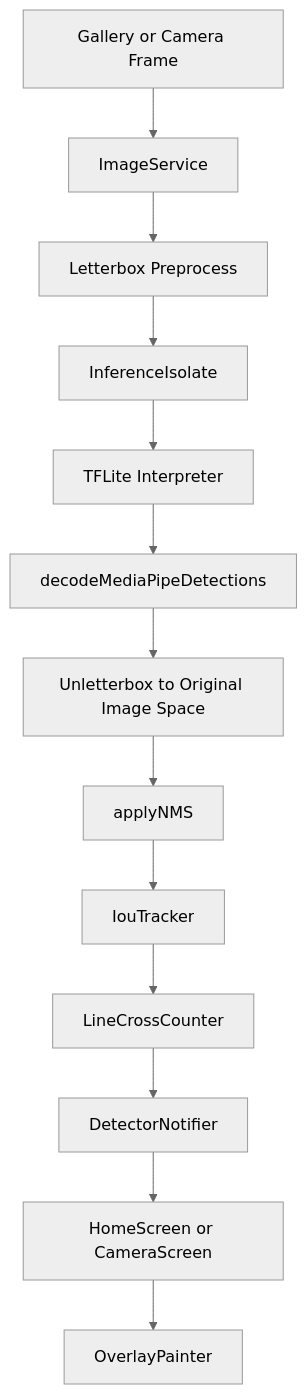
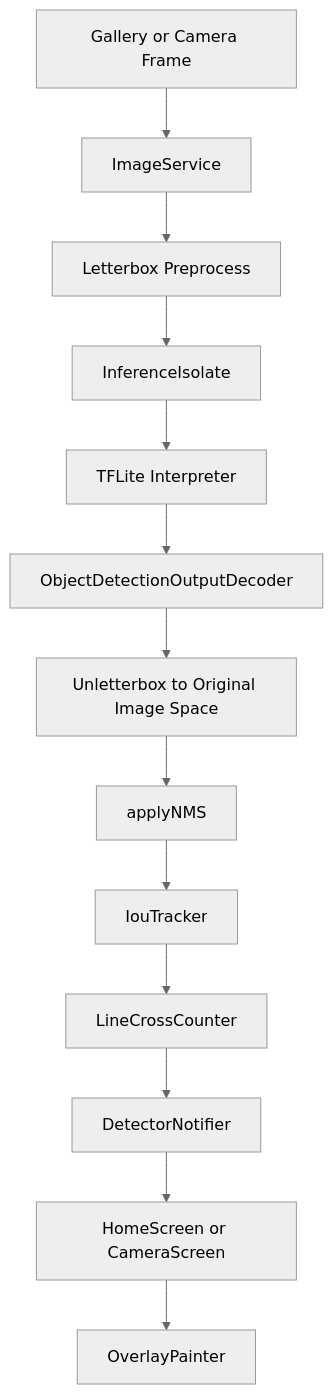
Before and after one commit to thanhtupppp/diemsoluong: the diagram in README.md, drawn with Mermaid (neutral theme). The commit also changed other lines of this file and 12 other files, not shown here.

Commit message:
feat: implement YOLOv8 object detection integration with TFLite model support and Dart service utilities

````diff
--- a/README.md
+++ b/README.md
@@ -38,15 +38,15 @@
 ```mermaid
 graph TD
     A[Gallery or Camera Frame] --> B[ImageService]
     B --> C[Letterbox Preprocess]
     C --> D[InferenceIsolate]
     D --> E[TFLite Interpreter]
-    E --> F[decodeMediaPipeDetections]
+    E --> F[ObjectDetectionOutputDecoder]
     F --> G[Unletterbox to Original Image Space]
     G --> H[applyNMS]
     H --> I[IouTracker]
     I --> J[LineCrossCounter]
     J --> K[DetectorNotifier]
     K --> L[HomeScreen or CameraScreen]
     L --> M[OverlayPainter]
 ```
````
